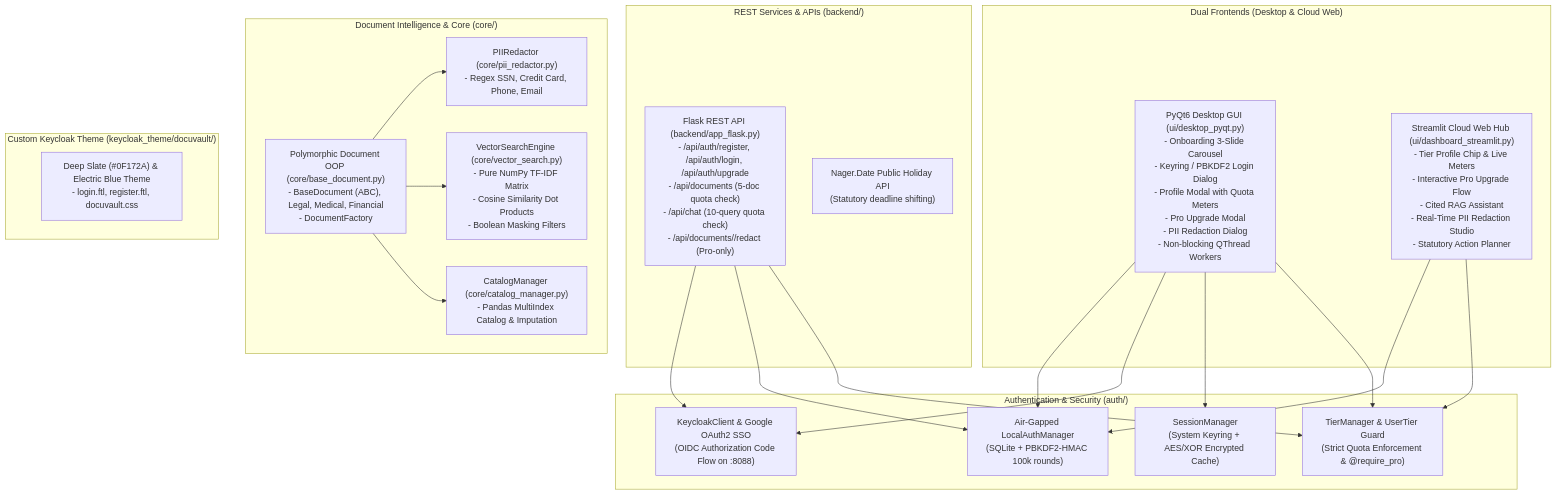
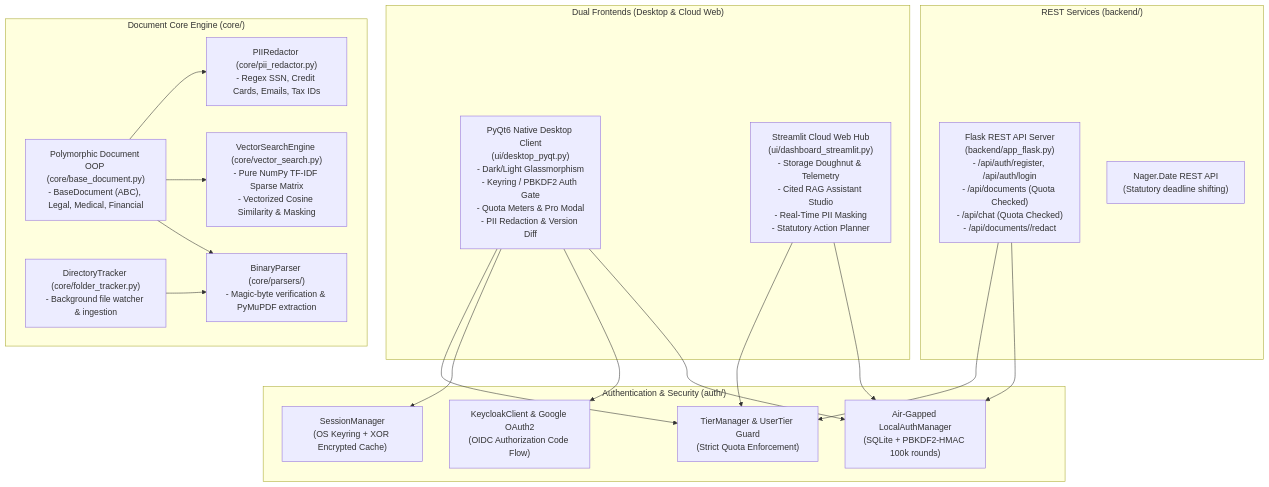
One commit to musxsid/DocuVault changed the diagram in README.md. Above: the diagram before and after it, drawn with Mermaid. The commit also changed other lines of this file and 6 other files, not shown here.

````diff
--- a/README.md
+++ b/README.md
@@ -39,43 +126,40 @@
 ```mermaid
 graph TB
     subgraph "Dual Frontends (Desktop & Cloud Web)"
-        PyQt["PyQt6 Desktop GUI (ui/desktop_pyqt.py)\n- Onboarding 3-Slide Carousel\n- Keyring / PBKDF2 Login Dialog\n- Profile Modal with Quota Meters\n- Pro Upgrade Modal\n- PII Redaction Dialog\n- Non-blocking QThread Workers"]
-        Streamlit["Streamlit Cloud Web Hub (ui/dashboard_streamlit.py)\n- Tier Profile Chip & Live Meters\n- Interactive Pro Upgrade Flow\n- Cited RAG Assistant\n- Real-Time PII Redaction Studio\n- Statutory Action Planner"]
+        PyQt["PyQt6 Native Desktop Client\n(ui/desktop_pyqt.py)\n- Dark/Light Glassmorphism\n- Keyring / PBKDF2 Auth Gate\n- Quota Meters & Pro Modal\n- PII Redaction & Version Diff"]
+        Streamlit["Streamlit Cloud Web Hub\n(ui/dashboard_streamlit.py)\n- Storage Doughnut & Telemetry\n- Cited RAG Assistant Studio\n- Real-Time PII Masking\n- Statutory Action Planner"]
     end
 
     subgraph "Authentication & Security (auth/)"
         LocalAuth["Air-Gapped LocalAuthManager\n(SQLite + PBKDF2-HMAC 100k rounds)"]
-        Keycloak["KeycloakClient & Google OAuth2 SSO\n(OIDC Authorization Code Flow on :8088)"]
-        SessionMgr["SessionManager\n(System Keyring + AES/XOR Encrypted Cache)"]
-        TierMgr["TierManager & UserTier Guard\n(Strict Quota Enforcement & @require_pro)"]
+        Keycloak["KeycloakClient & Google OAuth2\n(OIDC Authorization Code Flow)"]
+        SessionMgr["SessionManager\n(OS Keyring + XOR Encrypted Cache)"]
+        TierMgr["TierManager & UserTier Guard\n(Strict Quota Enforcement)"]
     end
 
-    subgraph "REST Services & APIs (backend/)"
-        Flask["Flask REST API (backend/app_flask.py)\n- /api/auth/register, /api/auth/login, /api/auth/upgrade\n- /api/documents (5-doc quota check)\n- /api/chat (10-query quota check)\n- /api/documents/<id>/redact (Pro-only)"]
-        PublicHoliday["Nager.Date Public Holiday API\n(Statutory deadline shifting)"]
+    subgraph "REST Services (backend/)"
+        Flask["Flask REST API Server\n(backend/app_flask.py)\n- /api/auth/register, /api/auth/login\n- /api/documents (Quota Checked)\n- /api/chat (Quota Checked)\n- /api/documents/<id>/redact"]
+        HolidayAPI["Nager.Date REST API\n(Statutory deadline shifting)"]
     end
 
-    subgraph "Document Intelligence & Core (core/)"
-        DocOOP["Polymorphic Document OOP (core/base_document.py)\n- BaseDocument (ABC), Legal, Medical, Financial\n- DocumentFactory"]
-        PIIEngine["PIIRedactor (core/pii_redactor.py)\n- Regex SSN, Credit Card, Phone, Email"]
-        VectorEngine["VectorSearchEngine (core/vector_search.py)\n- Pure NumPy TF-IDF Matrix\n- Cosine Similarity Dot Products\n- Boolean Masking Filters"]
-        Catalog["CatalogManager (core/catalog_manager.py)\n- Pandas MultiIndex Catalog & Imputation"]
-    end
-
-    subgraph "Custom Keycloak Theme (keycloak_theme/docuvault/)"
-        Theme["Deep Slate (#0F172A) & Electric Blue Theme\n- login.ftl, register.ftl, docuvault.css"]
+    subgraph "Document Core Engine (core/)"
+        DocOOP["Polymorphic Document OOP (core/base_document.py)\n- BaseDocument (ABC), Legal, Medical, Financial"]
+        PIIEngine["PIIRedactor (core/pii_redactor.py)\n- Regex SSN, Credit Cards, Emails, Tax IDs"]
+        VectorEngine["VectorSearchEngine (core/vector_search.py)\n- Pure NumPy TF-IDF Sparse Matrix\n- Vectorized Cosine Similarity & Masking"]
+        Parser["BinaryParser (core/parsers/)\n- Magic-byte verification & PyMuPDF extraction"]
+        Tracker["DirectoryTracker (core/folder_tracker.py)\n- Background file watcher & ingestion"]
     end
 
     PyQt --> TierMgr
     PyQt --> SessionMgr
     PyQt --> Keycloak
     PyQt --> LocalAuth
     Streamlit --> TierMgr
     Streamlit --> LocalAuth
     Flask --> TierMgr
     Flask --> LocalAuth
-    Flask --> Keycloak
     DocOOP --> PIIEngine
     DocOOP --> VectorEngine
-    DocOOP --> Catalog
+    DocOOP --> Parser
+    Tracker --> Parser
 ```
````
